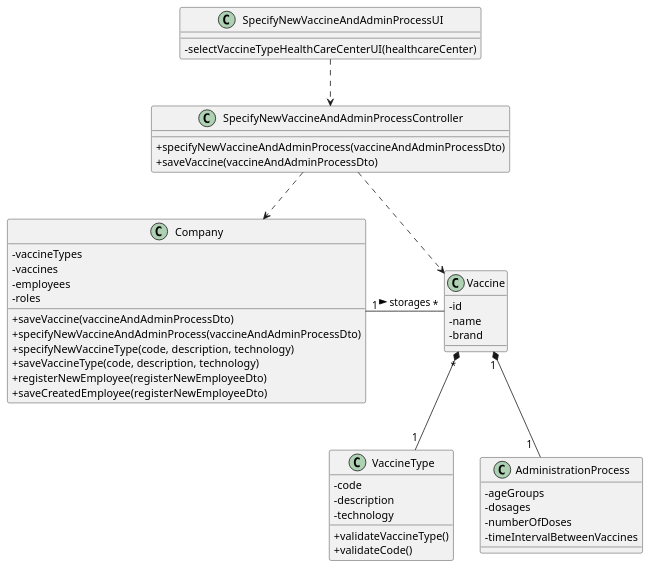
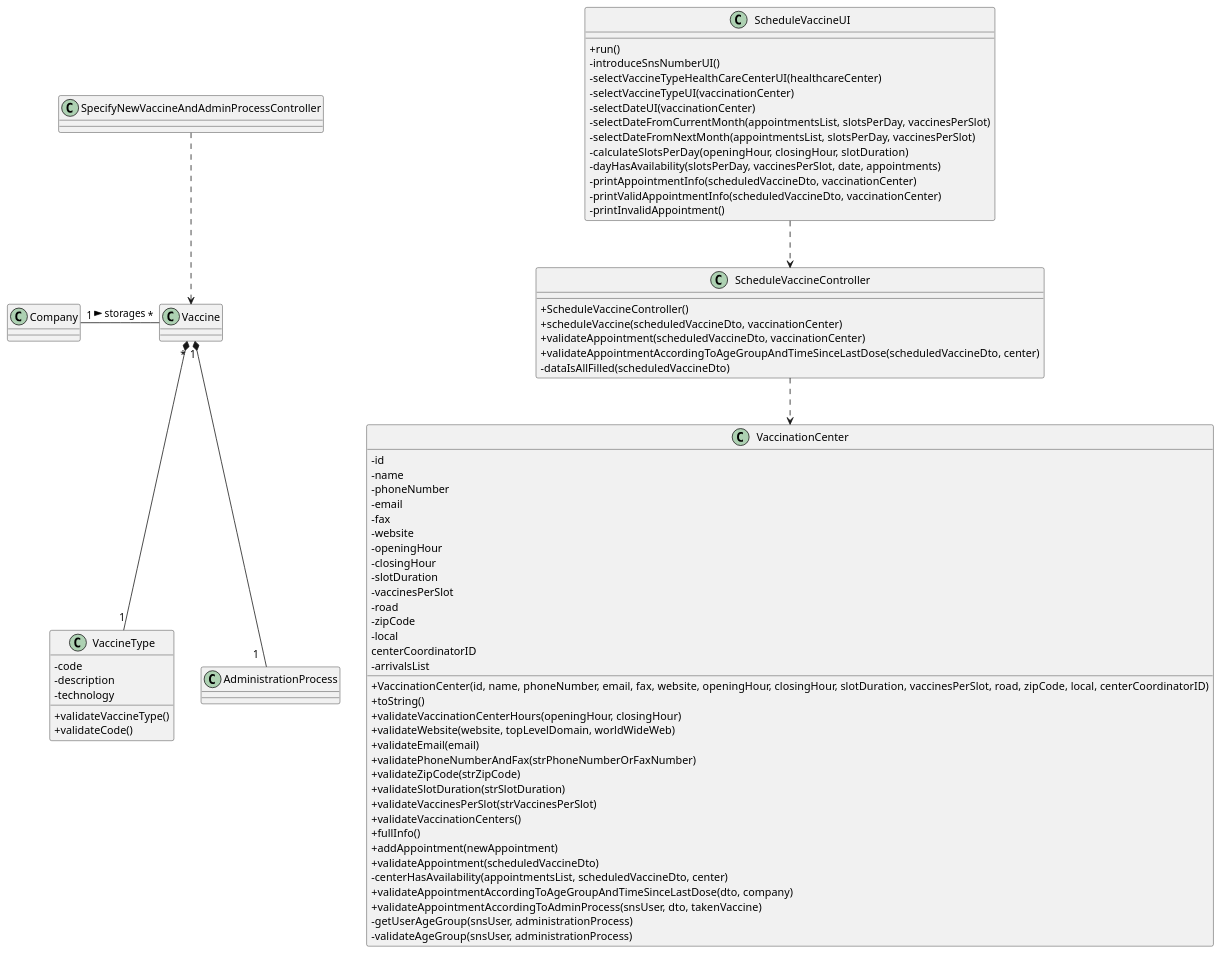
Before and after one commit to Pirussa/lei-22-s2-1da-g02: the diagram in docs/SprintC/US001/US001_CD.puml, drawn with PlantUML. The commit also changed 1 other file, not shown here.

```diff
--- a/docs/SprintC/US001/US001_CD.puml
+++ b/docs/SprintC/US001/US001_CD.puml
@@ -1,57 +1,81 @@
 @startuml
 skinparam classAttributeIconSize 0
 
-class SpecifyNewVaccineAndAdminProcessUI {
+class ScheduleVaccineUI {
++run()
+-introduceSnsNumberUI()
 -selectVaccineTypeHealthCareCenterUI(healthcareCenter)
-
+-selectVaccineTypeUI(vaccinationCenter)
+-selectDateUI(vaccinationCenter)
+-selectDateFromCurrentMonth(appointmentsList, slotsPerDay, vaccinesPerSlot)
+-selectDateFromNextMonth(appointmentsList, slotsPerDay, vaccinesPerSlot)
+-calculateSlotsPerDay(openingHour, closingHour, slotDuration)
+-dayHasAvailability(slotsPerDay, vaccinesPerSlot, date, appointments)
+-printAppointmentInfo(scheduledVaccineDto, vaccinationCenter)
+-printValidAppointmentInfo(scheduledVaccineDto, vaccinationCenter)
+-printInvalidAppointment()
 }
 
-class SpecifyNewVaccineAndAdminProcessController {
-+specifyNewVaccineAndAdminProcess(vaccineAndAdminProcessDto)
-+saveVaccine(vaccineAndAdminProcessDto)
+class ScheduleVaccineController {
++ScheduleVaccineController()
++scheduleVaccine(scheduledVaccineDto, vaccinationCenter)
++validateAppointment(scheduledVaccineDto, vaccinationCenter)
++validateAppointmentAccordingToAgeGroupAndTimeSinceLastDose(scheduledVaccineDto, center)
+-dataIsAllFilled(scheduledVaccineDto)
 }
 
-class Company {
--vaccineTypes
--vaccines
--employees
--roles
-+saveVaccine(vaccineAndAdminProcessDto)
-+specifyNewVaccineAndAdminProcess(vaccineAndAdminProcessDto)
-+specifyNewVaccineType(code, description, technology)
-+saveVaccineType(code, description, technology)
-+registerNewEmployee(registerNewEmployeeDto)
-+saveCreatedEmployee(registerNewEmployeeDto)
-}
 
-class Vaccine{
--id
--name
--brand
 
-}
 class VaccineType {
 -code
 -description
 -technology
 +validateVaccineType()
 +validateCode()
 }
 
-class AdministrationProcess {
--ageGroups
--dosages
--numberOfDoses
--timeIntervalBetweenVaccines
-
+class VaccinationCenter {
+-id
+-name
+-phoneNumber
+-email
+-fax
+-website
+-openingHour
+-closingHour
+-slotDuration
+-vaccinesPerSlot
+-road
+-zipCode
+-local
+centerCoordinatorID
+-arrivalsList
++VaccinationCenter(id, name, phoneNumber, email, fax, website, openingHour, closingHour, slotDuration, vaccinesPerSlot, road, zipCode, local, centerCoordinatorID)
++toString()
++validateVaccinationCenterHours(openingHour, closingHour)
++validateWebsite(website, topLevelDomain, worldWideWeb)
++validateEmail(email)
++validatePhoneNumberAndFax(strPhoneNumberOrFaxNumber)
++validateZipCode(strZipCode)
++validateSlotDuration(strSlotDuration)
++validateVaccinesPerSlot(strVaccinesPerSlot)
++validateVaccinationCenters()
++fullInfo()
++addAppointment(newAppointment)
++validateAppointment(scheduledVaccineDto)
+-centerHasAvailability(appointmentsList, scheduledVaccineDto, center)
++validateAppointmentAccordingToAgeGroupAndTimeSinceLastDose(dto, company)
++validateAppointmentAccordingToAdminProcess(snsUser, dto, takenVaccine)
+-getUserAgeGroup(snsUser, administrationProcess)
+-validateAgeGroup(snsUser, administrationProcess)
 }
 
-SpecifyNewVaccineAndAdminProcessUI ..> SpecifyNewVaccineAndAdminProcessController
-SpecifyNewVaccineAndAdminProcessController ..> Company
+ScheduleVaccineUI ..> ScheduleVaccineController
+ScheduleVaccineController ..> VaccinationCenter
 Company "1" - "*" Vaccine : storages >
 SpecifyNewVaccineAndAdminProcessController ..> Vaccine
 Vaccine "*" *-- "1" VaccineType
 Vaccine "1" *-- "1  " AdministrationProcess
 
 
 @enduml
```
